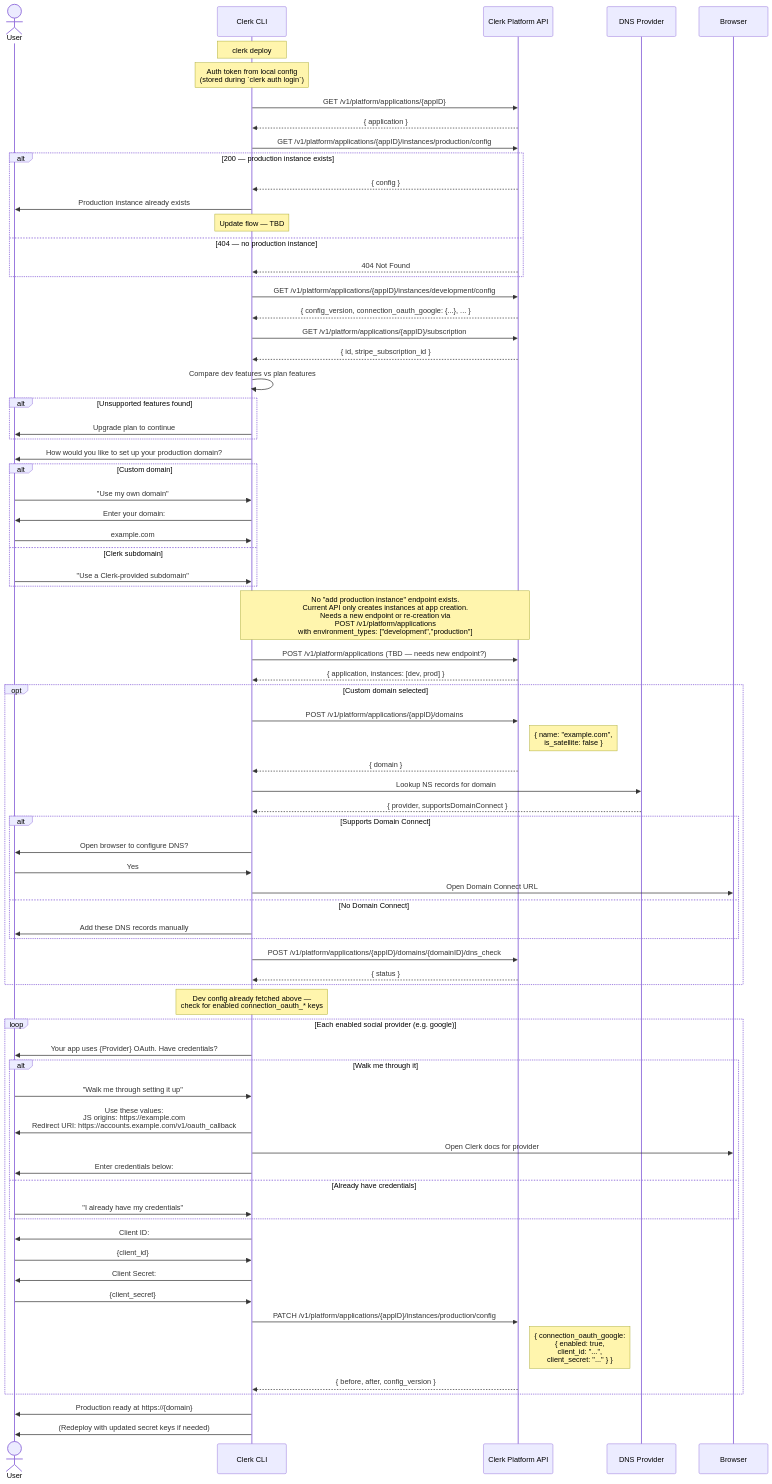
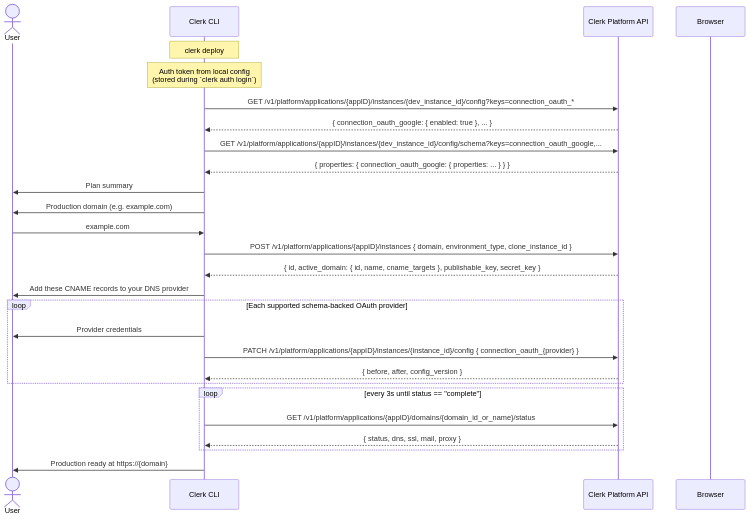
Before and after one commit to clerk/cli: the diagram in packages/cli-core/src/commands/deploy/README.md, drawn with Mermaid. The commit also changed other lines of this file and 36 other files, not shown here.

````diff
--- a/packages/cli-core/src/commands/deploy/README.md
+++ b/packages/cli-core/src/commands/deploy/README.md
@@ -37,100 +94,42 @@
     actor User
     participant CLI as Clerk CLI
     participant API as Clerk Platform API
-    participant DNS as DNS Provider
     participant Browser
 
     Note over CLI: clerk deploy
 
-    %% Auth & App Check
+    %% Auth & app context
     Note over CLI: Auth token from local config<br/>(stored during `clerk auth login`)
-    CLI->>API: GET /v1/platform/applications/{appID}
-    API-->>CLI: { application }
 
-    %% Production Instance Check
-    CLI->>API: GET /v1/platform/applications/{appID}/instances/production/config
-    alt 200 — production instance exists
-        API-->>CLI: { config }
-        CLI->>User: Production instance already exists
-        Note over CLI: Update flow — TBD
-    else 404 — no production instance
-        API-->>CLI: 404 Not Found
-    end
+    %% Discover enabled OAuth providers in dev
+    CLI->>API: GET /v1/platform/applications/{appID}/instances/{dev_instance_id}/config?keys=connection_oauth_*
+    API-->>CLI: { connection_oauth_google: { enabled: true }, ... }
+    CLI->>API: GET /v1/platform/applications/{appID}/instances/{dev_instance_id}/config/schema?keys=connection_oauth_google,...
+    API-->>CLI: { properties: { connection_oauth_google: { properties: ... } } }
 
-    %% Read Dev Instance Config (features + social providers)
-    CLI->>API: GET /v1/platform/applications/{appID}/instances/development/config
-    API-->>CLI: { config_version, connection_oauth_google: {...}, ... }
+    %% Plan summary + domain
+    CLI->>User: Plan summary
+    CLI->>User: Production domain (e.g. example.com)
+    User->>CLI: example.com
 
-    %% Subscription Check
-    CLI->>API: GET /v1/platform/applications/{appID}/subscription
-    API-->>CLI: { id, stripe_subscription_id }
-    CLI->>CLI: Compare dev features vs plan features
-    alt Unsupported features found
-        CLI->>User: Upgrade plan to continue
-    end
+    %% Create production instance + domain in one round-trip, including clone validation
+    CLI->>API: POST /v1/platform/applications/{appID}/instances { domain, environment_type, clone_instance_id }
+    API-->>CLI: { id, active_domain: { id, name, cname_targets }, publishable_key, secret_key }
 
-    %% Domain Selection
-    CLI->>User: How would you like to set up your production domain?
-    alt Custom domain
-        User->>CLI: "Use my own domain"
-        CLI->>User: Enter your domain:
-        User->>CLI: example.com
-    else Clerk subdomain
-        User->>CLI: "Use a Clerk-provided subdomain"
-    end
+    CLI->>User: Add these CNAME records to your DNS provider
 
-    %% Create Production Instance
-    Note over CLI,API: No "add production instance" endpoint exists.<br/>Current API only creates instances at app creation.<br/>Needs a new endpoint or re-creation via<br/>POST /v1/platform/applications<br/>with environment_types: ["development","production"]
-    CLI->>API: POST /v1/platform/applications (TBD — needs new endpoint?)
-    API-->>CLI: { application, instances: [dev, prod] }
-
-    %% Domain Setup
-    opt Custom domain selected
-        CLI->>API: POST /v1/platform/applications/{appID}/domains
-        Note right of API: { name: "example.com",<br/>is_satellite: false }
-        API-->>CLI: { domain }
-
-        CLI->>DNS: Lookup NS records for domain
-        DNS-->>CLI: { provider, supportsDomainConnect }
-
-        alt Supports Domain Connect
-            CLI->>User: Open browser to configure DNS?
-            User->>CLI: Yes
-            CLI->>Browser: Open Domain Connect URL
-        else No Domain Connect
-            CLI->>User: Add these DNS records manually
-        end
-
-        CLI->>API: POST /v1/platform/applications/{appID}/domains/{domainID}/dns_check
-        API-->>CLI: { status }
-    end
-
-    %% Social Provider Credential Collection
-    Note over CLI: Dev config already fetched above —<br/>check for enabled connection_oauth_* keys
-
-    loop Each enabled social provider (e.g. google)
-        CLI->>User: Your app uses {Provider} OAuth. Have credentials?
-
-        alt Walk me through it
-            User->>CLI: "Walk me through setting it up"
-            CLI->>User: Use these values:<br/>  JS origins: https://example.com<br/>  Redirect URI: https://accounts.example.com/v1/oauth_callback
-            CLI->>Browser: Open Clerk docs for provider
-            CLI->>User: Enter credentials below:
-        else Already have credentials
-            User->>CLI: "I already have my credentials"
-        end
-
-        CLI->>User: Client ID:
-        User->>CLI: {client_id}
-        CLI->>User: Client Secret:
-        User->>CLI: {client_secret}
-
-        CLI->>API: PATCH /v1/platform/applications/{appID}/instances/production/config
-        Note right of API: { connection_oauth_google:<br/>{ enabled: true,<br/>client_id: "...",<br/>client_secret: "..." } }
+    %% OAuth credential loop
+    loop Each supported schema-backed OAuth provider
+        CLI->>User: Provider credentials
+        CLI->>API: PATCH /v1/platform/applications/{appID}/instances/{instance_id}/config { connection_oauth_{provider} }
         API-->>CLI: { before, after, config_version }
     end
 
-    %% Done
+    %% Poll domain status
+    loop every 3s until status == "complete"
+        CLI->>API: GET /v1/platform/applications/{appID}/domains/{domain_id_or_name}/status
+        API-->>CLI: { status, dns, ssl, mail, proxy }
+    end
+
     CLI->>User: Production ready at https://{domain}
-    CLI->>User: (Redeploy with updated secret keys if needed)
 ```
````
